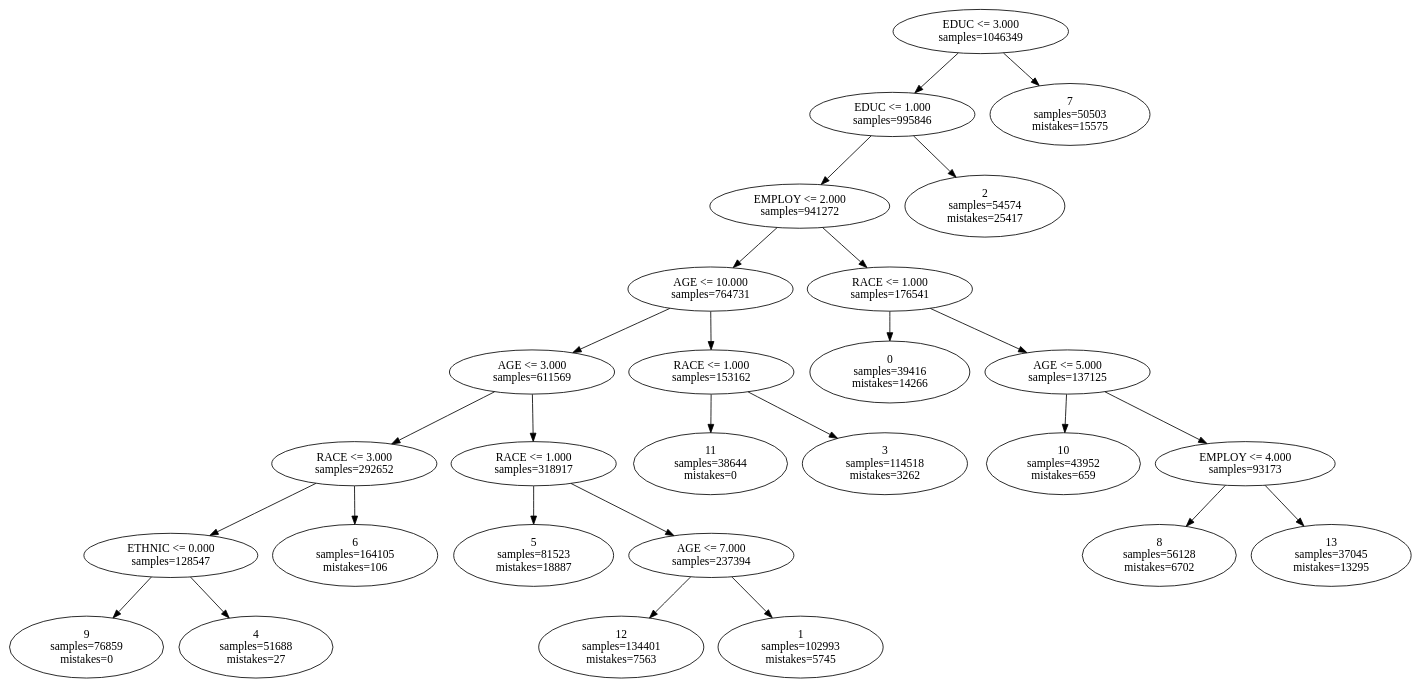
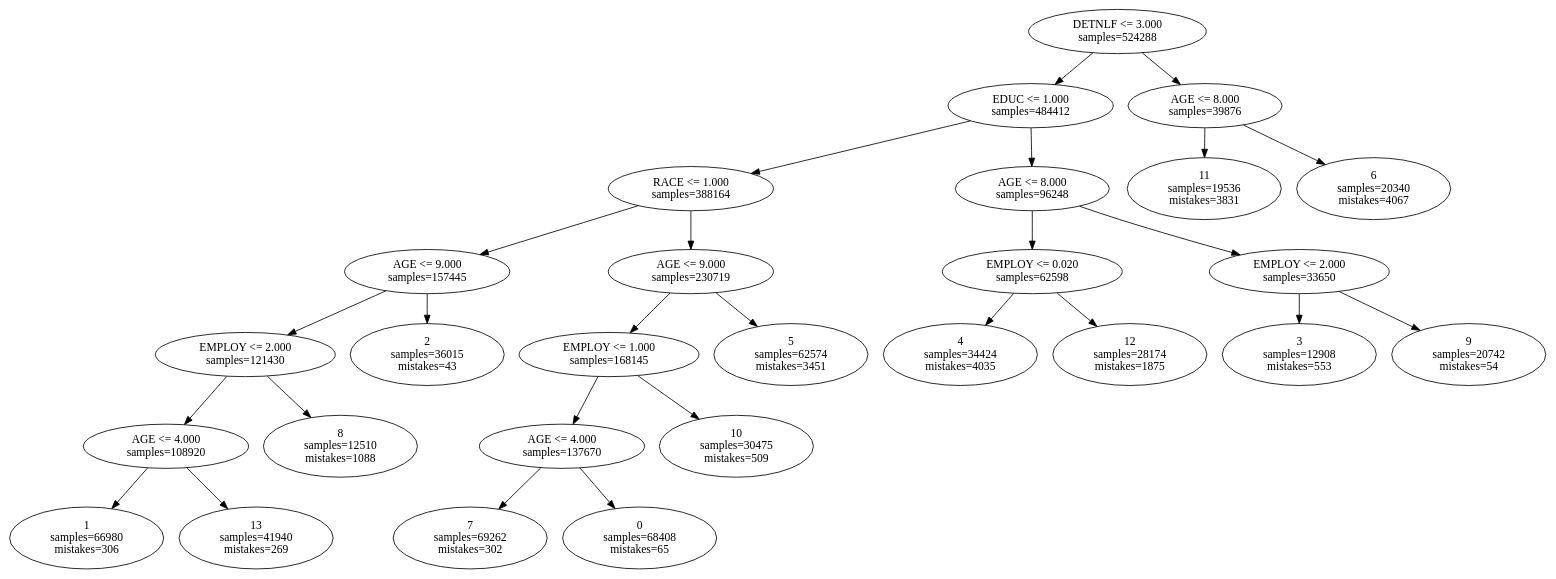
One commit to charlesziegenbeinjr/573TermProject changed the diagram in software_implementation.gv. Above: the diagram before and after it, drawn with Graphviz. The commit also changed 13 other files, not shown here.

```diff
--- a/software_implementation.gv
+++ b/software_implementation.gv
@@ -1,96 +1,96 @@
 digraph ClusteringTree {
-n_0 [label="EDUC <= 3.000
-samples=\1046349"];
+n_0 [label="DETNLF <= 3.000
+samples=\524288"];
 n_1 [label="EDUC <= 1.000
-samples=\995846"];
-n_2 [label="7
-samples=\50503
-mistakes=\15575"];
-n_3 [label="EMPLOY <= 2.000
-samples=\941272"];
-n_4 [label="2
-samples=\54574
-mistakes=\25417"];
-n_5 [label="AGE <= 10.000
-samples=\764731"];
-n_6 [label="RACE <= 1.000
-samples=\176541"];
-n_7 [label="AGE <= 3.000
-samples=\611569"];
-n_8 [label="RACE <= 1.000
-samples=\153162"];
-n_9 [label="0
-samples=\39416
-mistakes=\14266"];
-n_10 [label="AGE <= 5.000
-samples=\137125"];
-n_11 [label="RACE <= 3.000
-samples=\292652"];
-n_12 [label="RACE <= 1.000
-samples=\318917"];
-n_13 [label="11
-samples=\38644
-mistakes=\0"];
-n_14 [label="3
-samples=\114518
-mistakes=\3262"];
-n_15 [label="10
-samples=\43952
-mistakes=\659"];
-n_16 [label="EMPLOY <= 4.000
-samples=\93173"];
-n_17 [label="ETHNIC <= 0.000
-samples=\128547"];
-n_18 [label="6
-samples=\164105
-mistakes=\106"];
-n_19 [label="5
-samples=\81523
-mistakes=\18887"];
-n_20 [label="AGE <= 7.000
-samples=\237394"];
-n_21 [label="8
-samples=\56128
-mistakes=\6702"];
-n_22 [label="13
-samples=\37045
-mistakes=\13295"];
-n_23 [label="9
-samples=\76859
-mistakes=\0"];
-n_24 [label="4
-samples=\51688
-mistakes=\27"];
-n_25 [label="12
-samples=\134401
-mistakes=\7563"];
-n_26 [label="1
-samples=\102993
-mistakes=\5745"];
+samples=\484412"];
+n_2 [label="AGE <= 8.000
+samples=\39876"];
+n_3 [label="RACE <= 1.000
+samples=\388164"];
+n_4 [label="AGE <= 8.000
+samples=\96248"];
+n_5 [label="11
+samples=\19536
+mistakes=\3831"];
+n_6 [label="6
+samples=\20340
+mistakes=\4067"];
+n_7 [label="AGE <= 9.000
+samples=\157445"];
+n_8 [label="AGE <= 9.000
+samples=\230719"];
+n_9 [label="EMPLOY <= 0.020
+samples=\62598"];
+n_10 [label="EMPLOY <= 2.000
+samples=\33650"];
+n_11 [label="EMPLOY <= 2.000
+samples=\121430"];
+n_12 [label="2
+samples=\36015
+mistakes=\43"];
+n_13 [label="EMPLOY <= 1.000
+samples=\168145"];
+n_14 [label="5
+samples=\62574
+mistakes=\3451"];
+n_15 [label="4
+samples=\34424
+mistakes=\4035"];
+n_16 [label="12
+samples=\28174
+mistakes=\1875"];
+n_17 [label="3
+samples=\12908
+mistakes=\553"];
+n_18 [label="9
+samples=\20742
+mistakes=\54"];
+n_19 [label="AGE <= 4.000
+samples=\108920"];
+n_20 [label="8
+samples=\12510
+mistakes=\1088"];
+n_21 [label="AGE <= 4.000
+samples=\137670"];
+n_22 [label="10
+samples=\30475
+mistakes=\509"];
+n_23 [label="1
+samples=\66980
+mistakes=\306"];
+n_24 [label="13
+samples=\41940
+mistakes=\269"];
+n_25 [label="7
+samples=\69262
+mistakes=\302"];
+n_26 [label="0
+samples=\68408
+mistakes=\65"];
 n_0 -> n_1;
 n_0 -> n_2;
 n_1 -> n_3;
 n_1 -> n_4;
-n_3 -> n_5;
-n_3 -> n_6;
-n_5 -> n_7;
-n_5 -> n_8;
-n_6 -> n_9;
-n_6 -> n_10;
+n_2 -> n_5;
+n_2 -> n_6;
+n_3 -> n_7;
+n_3 -> n_8;
+n_4 -> n_9;
+n_4 -> n_10;
 n_7 -> n_11;
 n_7 -> n_12;
 n_8 -> n_13;
 n_8 -> n_14;
-n_10 -> n_15;
-n_10 -> n_16;
-n_11 -> n_17;
-n_11 -> n_18;
-n_12 -> n_19;
-n_12 -> n_20;
-n_16 -> n_21;
-n_16 -> n_22;
-n_17 -> n_23;
-n_17 -> n_24;
-n_20 -> n_25;
-n_20 -> n_26;
+n_9 -> n_15;
+n_9 -> n_16;
+n_10 -> n_17;
+n_10 -> n_18;
+n_11 -> n_19;
+n_11 -> n_20;
+n_13 -> n_21;
+n_13 -> n_22;
+n_19 -> n_23;
+n_19 -> n_24;
+n_21 -> n_25;
+n_21 -> n_26;
 }
```
